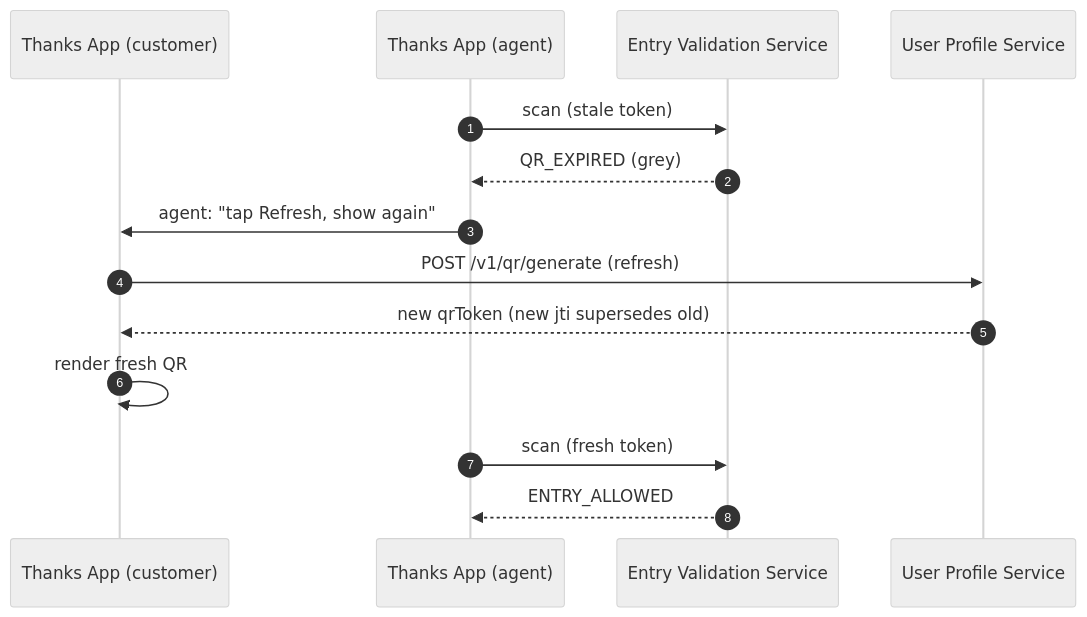
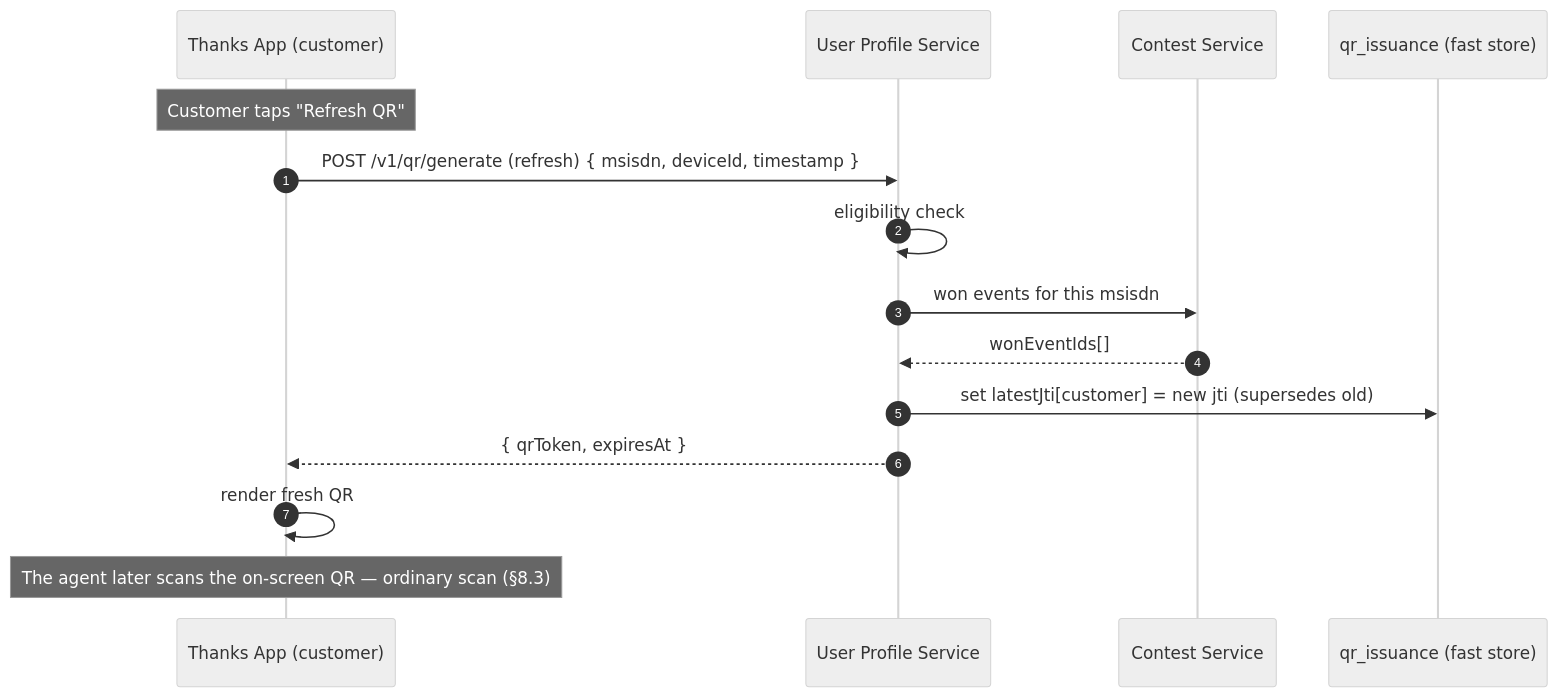
Before and after one commit to Amitpawar503/lazzy: the tenth of 15 diagrams in docs/digital-membership/03-hld.md, drawn with Mermaid (neutral theme). The commit also changed other lines of this file, not shown here.

Commit message:
docs: decouple QR refresh (§8.4) from the agent — pure customer↔User Profile Service flow
Refresh is the customer's own action: tap Refresh -> POST /v1/qr/generate
-> User Profile Service returns a fresh token (new jti supersedes old),
reading won events from the Contest Service. The agent is not part of the
refresh; any 'please refresh' is a verbal, out-of-band nudge, and the
agent's next scan is just an ordinary scan (§8.3).

Claude-Session: https://claude.ai/code/session_013gmJg4HGHCik7mM4QJpZYE

````diff
--- a/docs/digital-membership/03-hld.md
+++ b/docs/digital-membership/03-hld.md
@@ -408,17 +414,18 @@
 ```mermaid
 sequenceDiagram
   autonumber
   participant CApp as Thanks App (customer)
-  participant AApp as Thanks App (agent)
-  participant EVS as Entry Validation Service
   participant UPS as User Profile Service
+  participant CTS as Contest Service
+  participant Store as qr_issuance (fast store)
 
-  AApp->>EVS: scan (stale token)
-  EVS-->>AApp: QR_EXPIRED (grey)
-  AApp->>CApp: agent: "tap Refresh, show again"
-  CApp->>UPS: POST /v1/qr/generate (refresh)
-  UPS-->>CApp: new qrToken (new jti supersedes old)
+  Note over CApp: Customer taps "Refresh QR"
+  CApp->>UPS: POST /v1/qr/generate (refresh) { msisdn, deviceId, timestamp }
+  UPS->>UPS: eligibility check
+  UPS->>CTS: won events for this msisdn
+  CTS-->>UPS: wonEventIds[]
+  UPS->>Store: set latestJti[customer] = new jti (supersedes old)
+  UPS-->>CApp: { qrToken, expiresAt }
   CApp->>CApp: render fresh QR
-  AApp->>EVS: scan (fresh token)
-  EVS-->>AApp: ENTRY_ALLOWED
+  Note over CApp: The agent later scans the on-screen QR — ordinary scan (§8.3)
 ```
````
